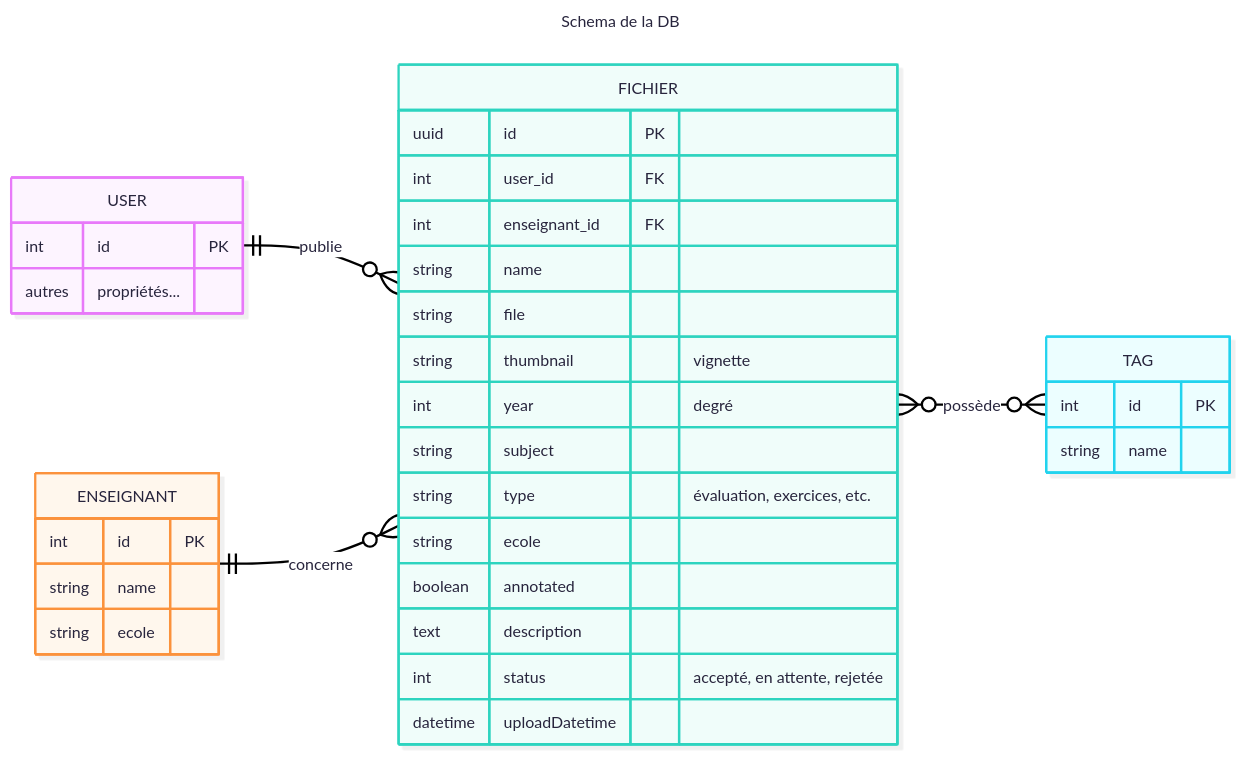
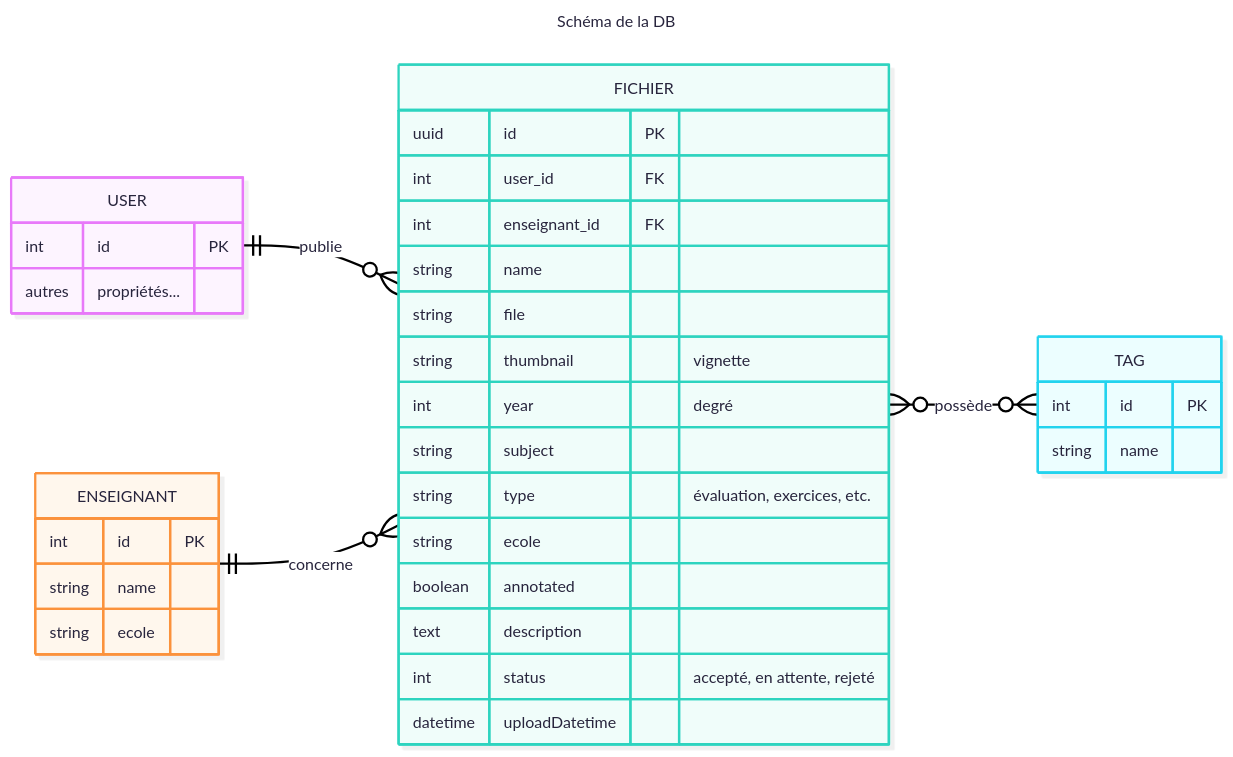
The first of 4 diagrams in rapport.md (Zbebz/caverne-dAli-baba), drawn with Mermaid before and after one commit. The commit also changed other lines of this file, not shown here.

````diff
--- a/rapport.md
+++ b/rapport.md
@@ -114,46 +114,46 @@
 ```mermaid
 ---
-title: Schema de la DB
+title: Schéma de la DB
 config:
   theme: redux-color
   look: neo
 ---
 erDiagram
     direction LR
     USER {
         int id PK
         autres propriétés...
     }
 
 FICHIER {
         uuid id PK
         int user_id FK
         int enseignant_id FK
         string name
         string file
         string thumbnail "vignette"
         int year "degré"
         string subject
         string type "évaluation, exercices, etc."
         string ecole
         boolean annotated
         text description
-        int status "accepté, en attente, rejetée"
+        int status "accepté, en attente, rejeté"
         datetime uploadDatetime
     }
 
     ENSEIGNANT {
         int id PK
         string name
         string ecole
     }
 
     TAG {
         int id PK
         string name
     }
 
     USER ||--o{ FICHIER : publie
     ENSEIGNANT ||--o{ FICHIER : concerne
     FICHIER }o--o{ TAG : possède
 ```
````
